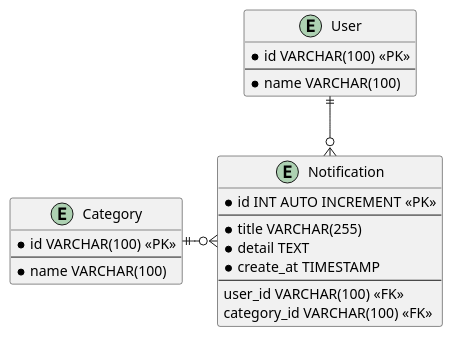
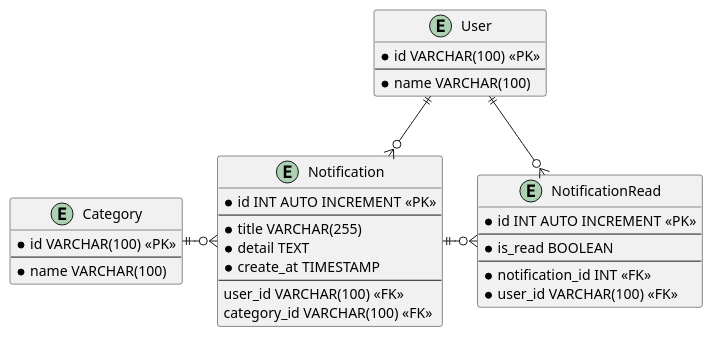
The diagram in uml/notification.puml (alwani03/learn-mysql-notifications), drawn with PlantUML before and after one commit. The commit also changed 3 other files, not shown here.

```diff
--- a/uml/notification.puml
+++ b/uml/notification.puml
@@ -1,29 +1,41 @@
 @startuml
 
     entity User {
         * id VARCHAR(100) <<PK>>
         --
         * name VARCHAR(100)
     }
 
     entity Notification {
          * id INT AUTO INCREMENT <<PK>>
          --
          * title VARCHAR(255)
          * detail TEXT
          * create_at TIMESTAMP
          --
          user_id VARCHAR(100) <<FK>>
          category_id VARCHAR(100) <<FK>>
     }
 
     entity Category {
         * id VARCHAR(100) <<PK>>
         --
         * name VARCHAR(100)
     }
 
+    entity NotificationRead {
+        * id INT AUTO INCREMENT <<PK>>
+        --
+        * is_read BOOLEAN
+        --
+        * notification_id INT <<FK>>
+        * user_id VARCHAR(100) <<FK>>
+    }
+
+
 User ||--o{ Notification
 Category ||-o{ Notification
+Notification ||-o{ NotificationRead
+User ||--o{ NotificationRead
 
 @enduml
```
